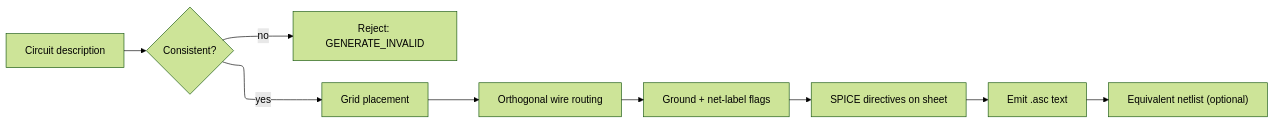
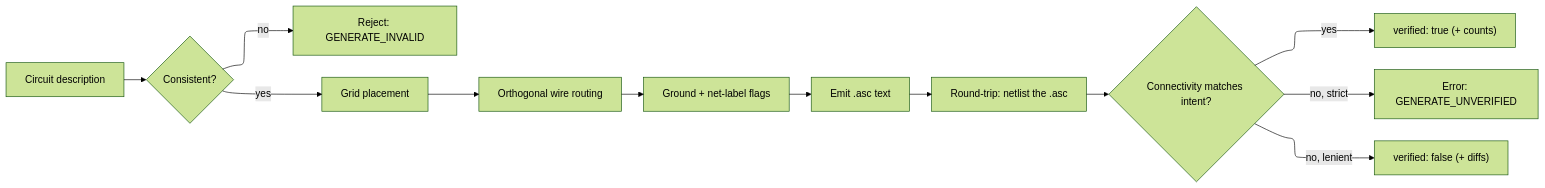
The sixth of 10 diagrams in .kiro/specs/openspice-mcp/design.md (sohampatwardhan/openspice-mcp), drawn with Mermaid (forest theme) before and after one commit. The commit also changed other lines of this file and 4 other files, not shown here.

````diff
--- a/.kiro/specs/openspice-mcp/design.md
+++ b/.kiro/specs/openspice-mcp/design.md
@@ -167,15 +247,18 @@
 ```mermaid
 ---
 config:
   layout: elk
 ---
 flowchart LR
   desc["Circuit description"] --> check{"Consistent?"}
   check -->|"no"| rej["Reject: GENERATE_INVALID"]
   check -->|"yes"| place["Grid placement"]
   place --> route["Orthogonal wire routing"]
   route --> flags["Ground + net-label flags"]
-  flags --> directives["SPICE directives on sheet"]
-  directives --> emit["Emit .asc text"]
-  emit --> netlistOut["Equivalent netlist (optional)"]
+  flags --> emit["Emit .asc text"]
+  emit --> rt["Round-trip: netlist the .asc"]
+  rt --> cmp{"Connectivity matches intent?"}
+  cmp -->|"yes"| ok["verified: true (+ counts)"]
+  cmp -->|"no, strict"| fail["Error: GENERATE_UNVERIFIED"]
+  cmp -->|"no, lenient"| warn["verified: false (+ diffs)"]
 ```
````
